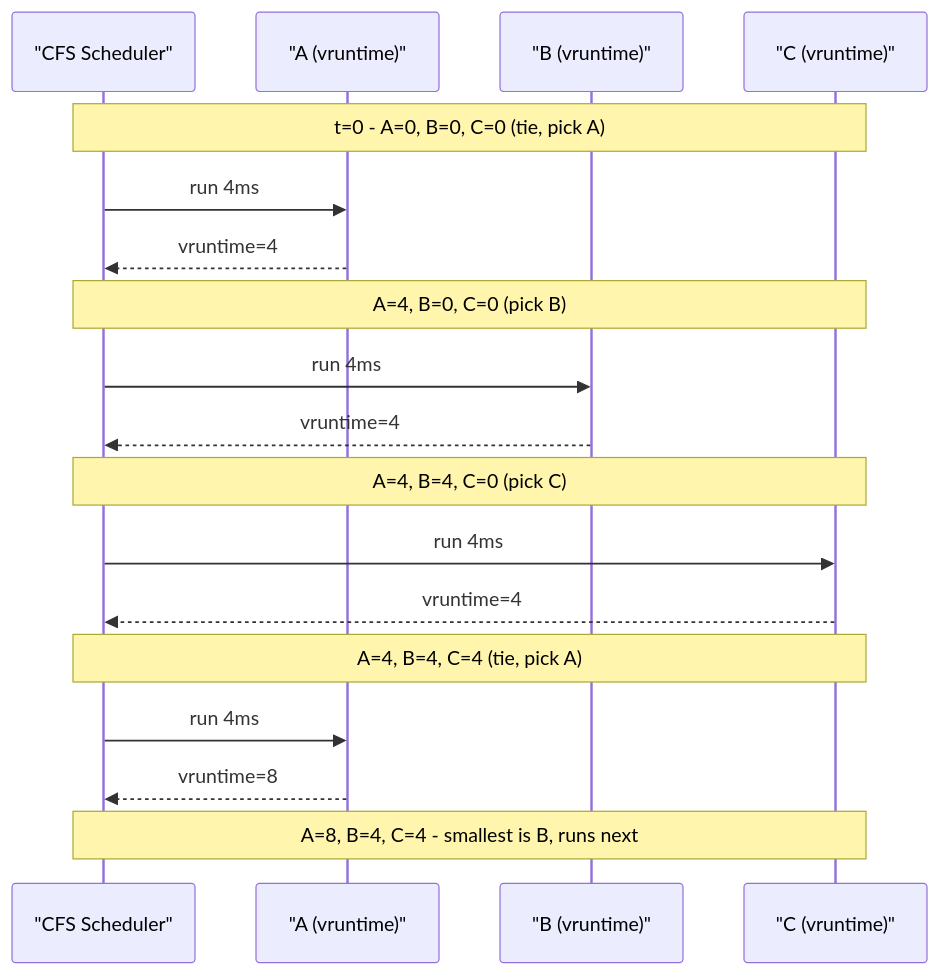
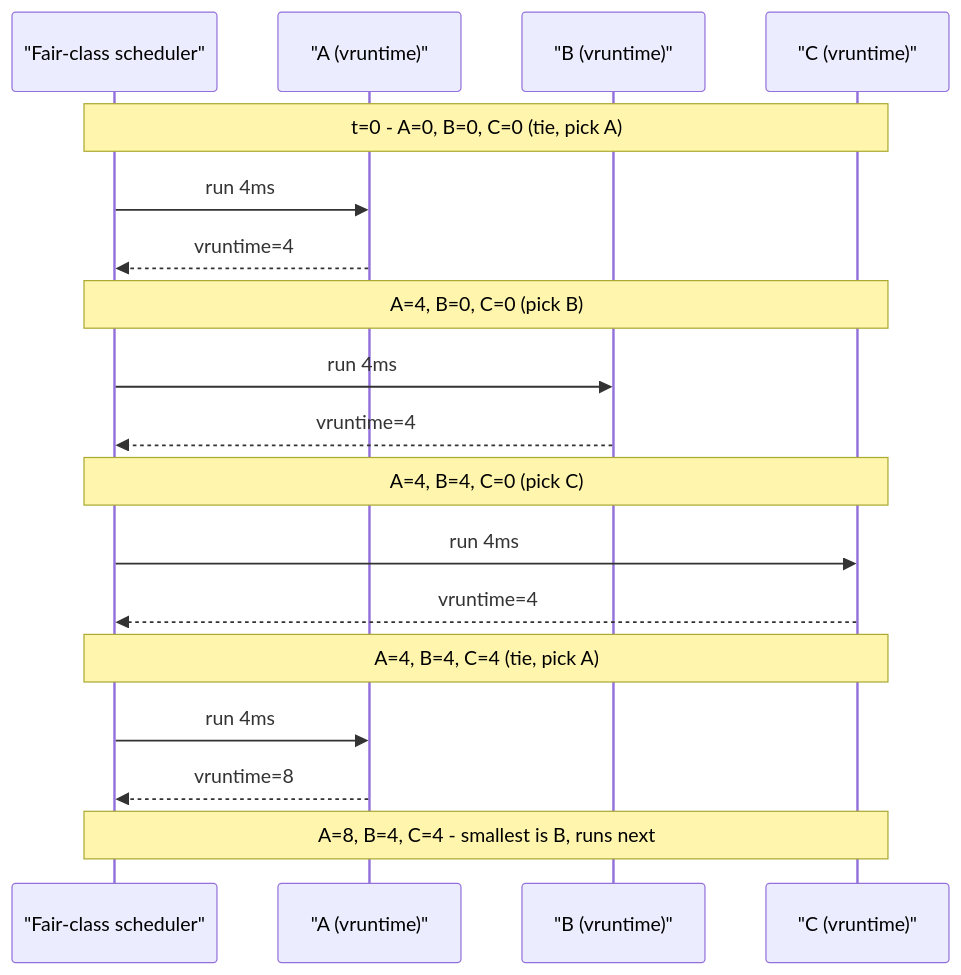
The third of 7 diagrams in src/main/java/com/rutik/systemdesign/cs_fundamentals/cpu_scheduling_algorithms/cpu_scheduling_algorithms.md (rppol/system-design), drawn with Mermaid before and after one commit. The commit also changed other lines of this file and 13 other files, not shown here.

````diff
--- a/src/main/java/com/rutik/systemdesign/cs_fundamentals/cpu_scheduling_algorithms/cpu_scheduling_algorithms.md
+++ b/src/main/java/com/rutik/systemdesign/cs_fundamentals/cpu_scheduling_algorithms/cpu_scheduling_algorithms.md
@@ -222,21 +231,21 @@
 ```mermaid
 sequenceDiagram
-    participant S as "CFS Scheduler"
+    participant S as "Fair-class scheduler"
     participant A as "A (vruntime)"
     participant B as "B (vruntime)"
     participant C as "C (vruntime)"
 
     Note over S,C: t=0 - A=0, B=0, C=0 (tie, pick A)
     S->>A: run 4ms
     A-->>S: vruntime=4
     Note over S,C: A=4, B=0, C=0 (pick B)
     S->>B: run 4ms
     B-->>S: vruntime=4
     Note over S,C: A=4, B=4, C=0 (pick C)
     S->>C: run 4ms
     C-->>S: vruntime=4
     Note over S,C: A=4, B=4, C=4 (tie, pick A)
     S->>A: run 4ms
     A-->>S: vruntime=8
     Note over S,C: A=8, B=4, C=4 - smallest is B, runs next
 ```
````
